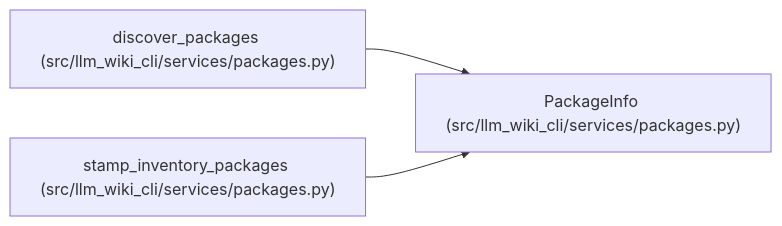
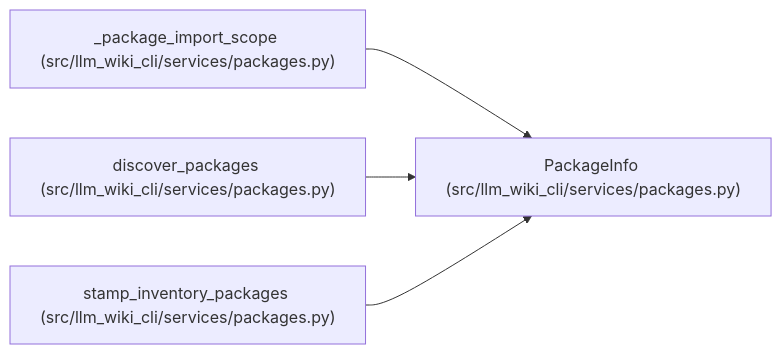
Before and after one commit to Denissvgn/python-wiki-llm: the diagram in docs/llm_wiki/entities/PackageInfo.md, drawn with Mermaid. The commit also changed other lines of this file and 719 other files, not shown here.

````diff
--- a/docs/llm_wiki/entities/PackageInfo.md
+++ b/docs/llm_wiki/entities/PackageInfo.md
@@ -30,11 +31,14 @@
 ```mermaid
 flowchart LR
     n0["PackageInfo (src/llm_wiki_cli/services/packages.py)"]
-    n1["discover_packages (src/llm_wiki_cli/services/packages.py)"]
-    n2["stamp_inventory_packages (src/llm_wiki_cli/services/packages.py)"]
+    n1["_package_import_scope (src/llm_wiki_cli/services/packages.py)"]
+    n2["discover_packages (src/llm_wiki_cli/services/packages.py)"]
+    n3["stamp_inventory_packages (src/llm_wiki_cli/services/packages.py)"]
     n1 --> n0
     n2 --> n0
+    n3 --> n0
     click n0 "../modules/packages.md"
     click n1 "../modules/packages.md"
     click n2 "../modules/packages.md"
+    click n3 "../modules/packages.md"
 ```
````
